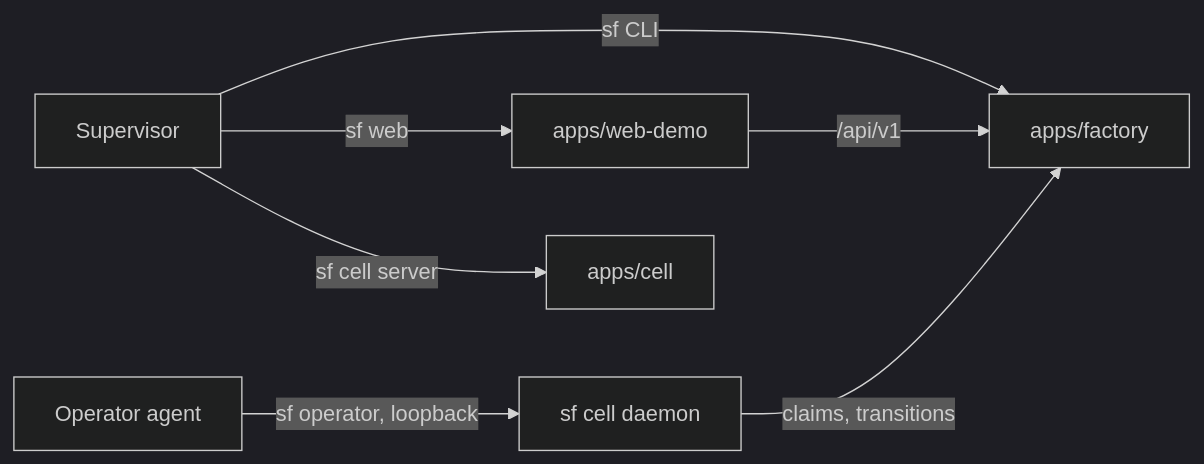
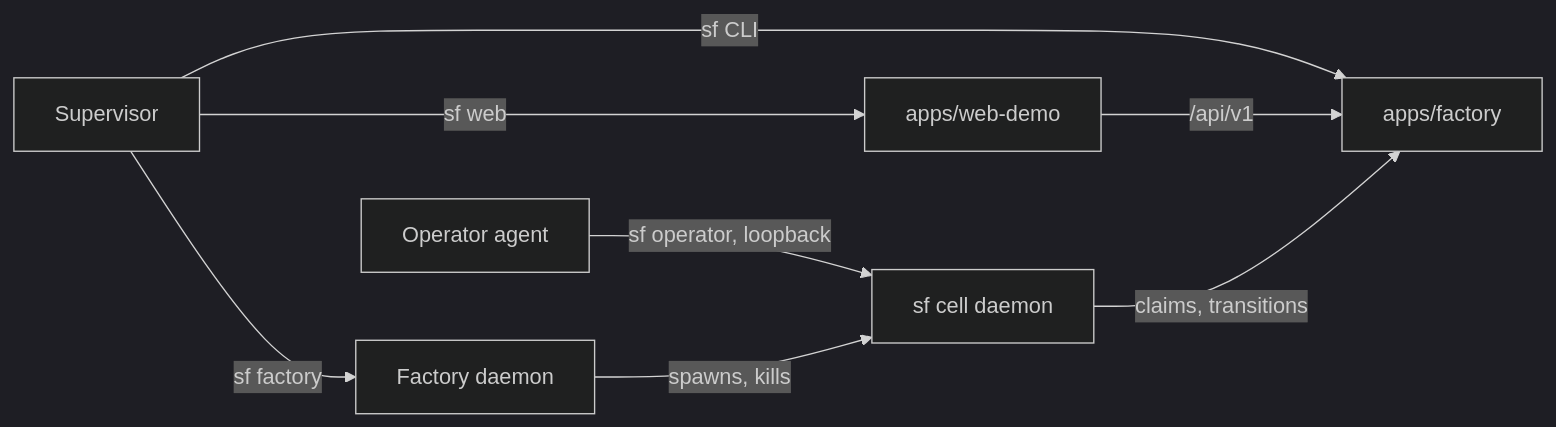
One commit to xyashino/software-factory changed the diagram in docs/architecture.md. Above: the diagram before and after it, drawn with Mermaid (dark theme). The commit also changed other lines of this file and 178 other files, not shown here.

First line of the commit message:
feat(factory): add local factory daemon replacing cell-server

````diff
--- a/docs/architecture.md
+++ b/docs/architecture.md
@@ -26,9 +25,10 @@
 ```mermaid
 flowchart LR
   S[Supervisor] -->|sf CLI| F[apps/factory]
   S -->|sf web| W[apps/web-demo]
   W -->|/api/v1| F
   C[sf cell daemon] -->|claims, transitions| F
   A[Operator agent] -->|sf operator, loopback| C
-  S -->|sf cell server| CS[apps/cell]
+  S -->|sf factory| FD[Factory daemon]
+  FD -->|spawns, kills| C
 ```
````
